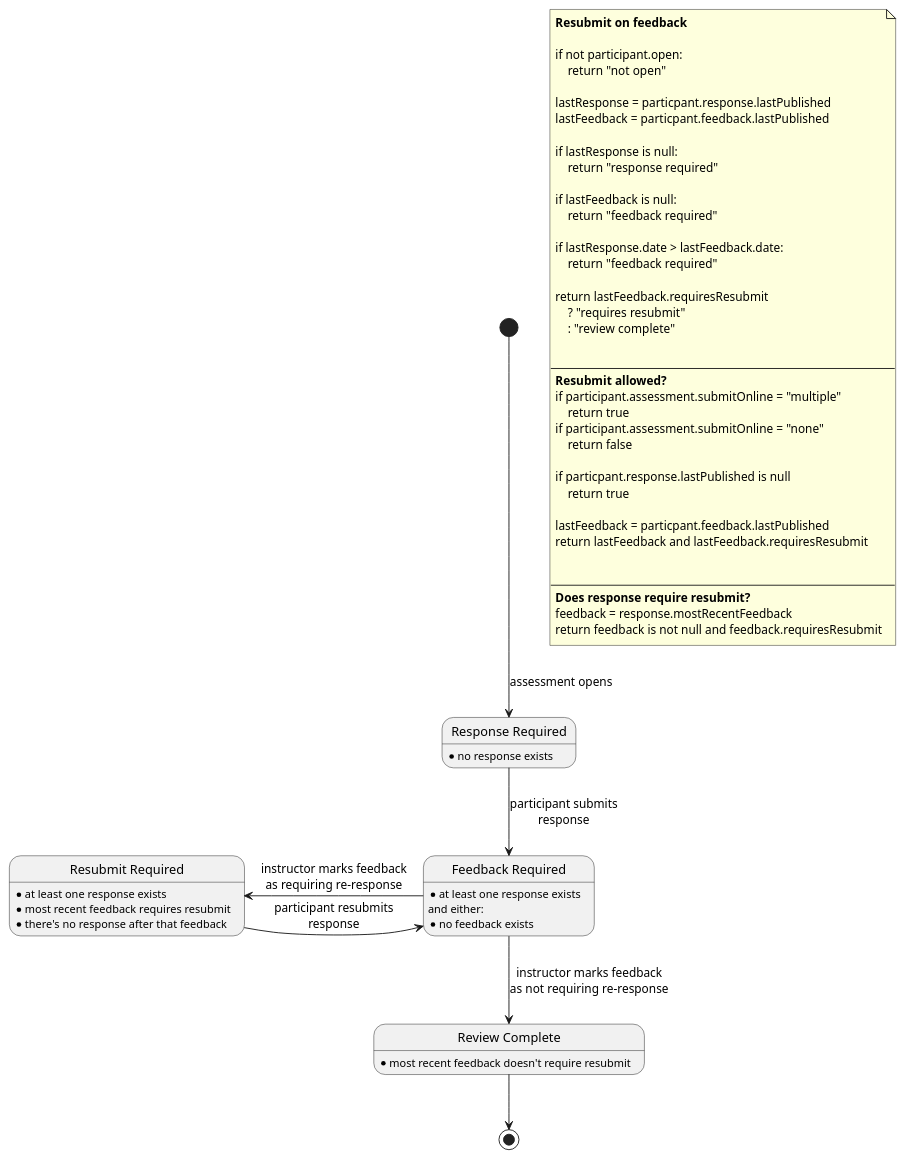
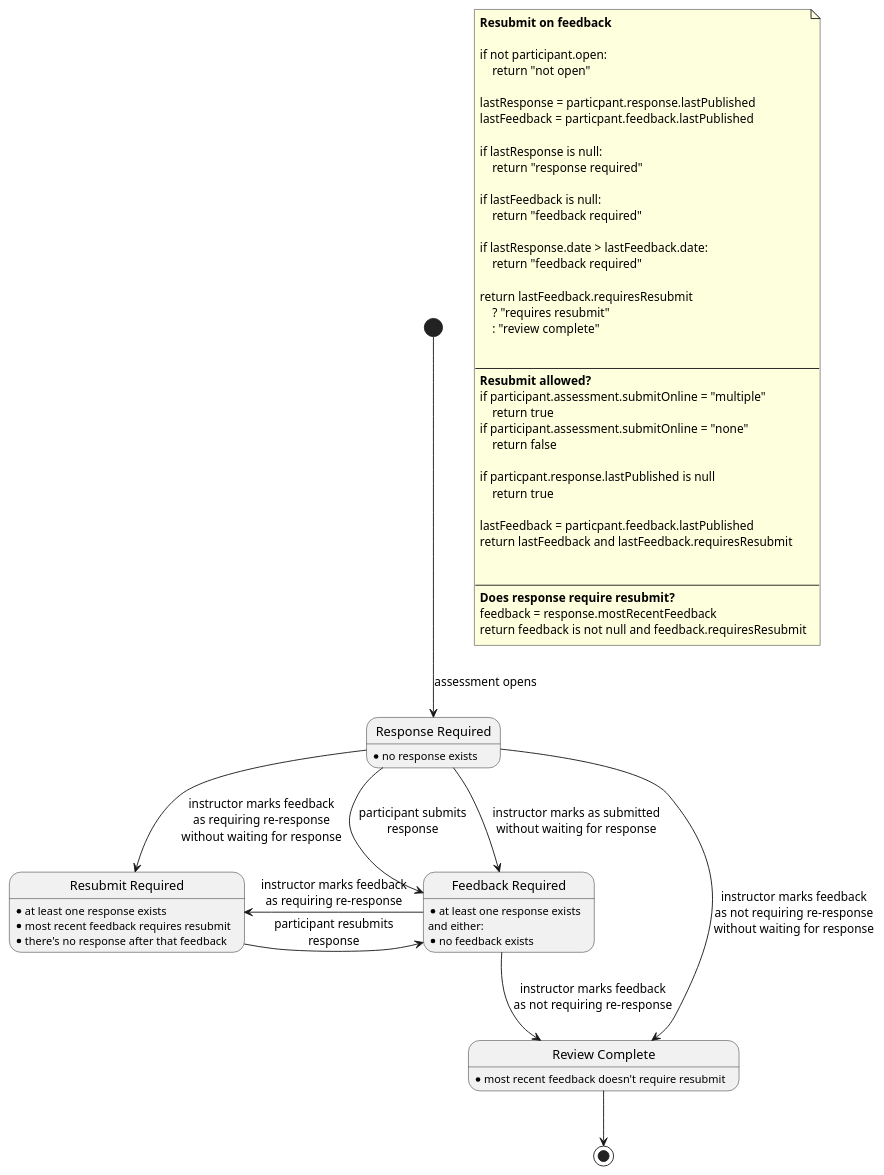
Before and after one commit to juliaattrevisan/schoolbox-api-docs: the second of 2 diagrams in library/Schoolbox/Learning/Assessment/DueWork/state-diagram.plantuml, drawn with PlantUML.

Commit message:
Add extra transitions to resubmit on feedback variant [SA-9500]

```diff
--- a/library/Schoolbox/Learning/Assessment/DueWork/state-diagram.plantuml
+++ b/library/Schoolbox/Learning/Assessment/DueWork/state-diagram.plantuml
@@ -76,73 +76,76 @@
 @startuml
 
 note as n1
     <b>Resubmit on feedback</b>
 
     if not participant.open:
         return "not open"
 
     lastResponse = particpant.response.lastPublished
     lastFeedback = particpant.feedback.lastPublished
 
     if lastResponse is null:
         return "response required"
 
     if lastFeedback is null:
         return "feedback required"
 
     if lastResponse.date > lastFeedback.date:
         return "feedback required"
 
     return lastFeedback.requiresResubmit
         ? "requires resubmit"
         : "review complete"
 
 
     ----
     <b>Resubmit allowed?</b>
     if participant.assessment.submitOnline = "multiple"
         return true
     if participant.assessment.submitOnline = "none"
         return false
 
     if particpant.response.lastPublished is null
         return true
 
     lastFeedback = particpant.feedback.lastPublished
     return lastFeedback and lastFeedback.requiresResubmit
 
 
     ----
     <b>Does response require resubmit?</b>
     feedback = response.mostRecentFeedback
     return feedback is not null and feedback.requiresResubmit
 end note
 
 state "Response Required" as RR
 RR : \
 * no response exists
 
 state "Feedback Required" as FR
 FR : \
 * at least one response exists\n\
 and either:\n\
 * no feedback exists
 
 state "Review Complete" as RC
 RC : \
 * most recent feedback doesn't require resubmit
 
 state "Resubmit Required" as RS
 RS : \
 * at least one response exists\n\
 * most recent feedback requires resubmit\n\
 * there's no response after that feedback
 
 [*] --> RR : assessment opens
 RR --> FR  : participant submits\nresponse
+RR --> FR  : instructor marks as submitted\nwithout waiting for response
+RR --> RC  : instructor marks feedback\nas not requiring re-response\nwithout waiting for response
+RR --> RS  : instructor marks feedback\nas requiring re-response\nwithout waiting for response
 FR --> RC  : instructor marks feedback\nas not requiring re-response
 FR -left-> RS : instructor marks feedback\nas requiring re-response
 RS -right-> FR  : participant resubmits\nresponse
 RC --> [*]
 
 @enduml
```
